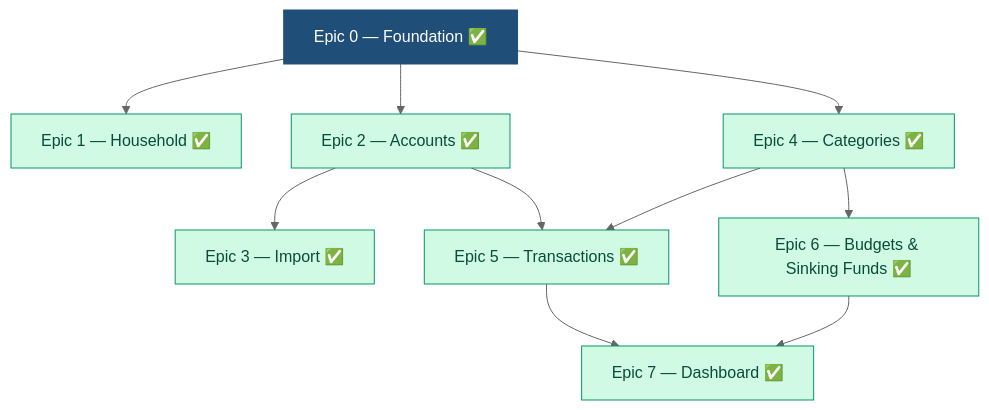
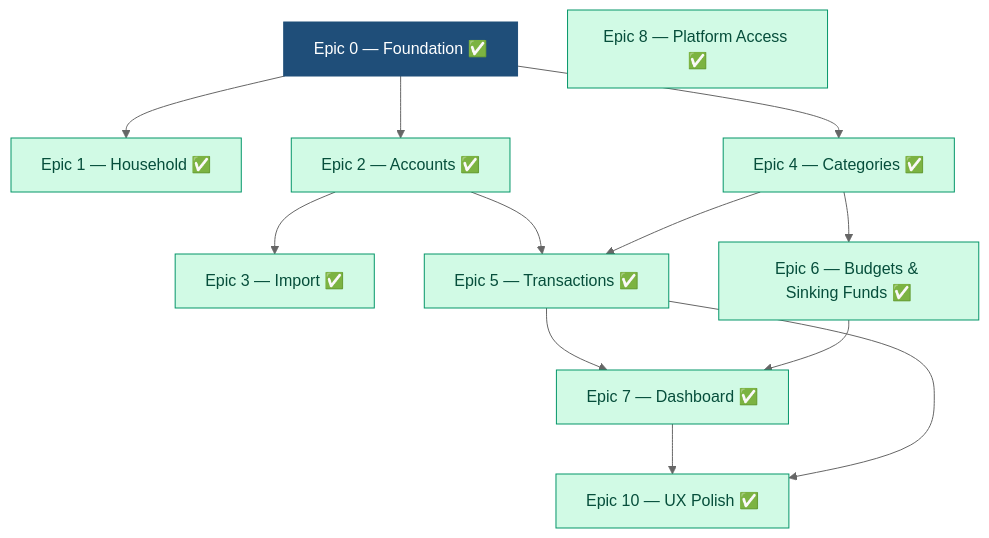
The diagram in docs/phase1-epics-and-stories.md (hkusingh/pfm), drawn with Mermaid (neutral theme) before and after one commit. The commit also changed other lines of this file, not shown here.

````diff
--- a/docs/phase1-epics-and-stories.md
+++ b/docs/phase1-epics-and-stories.md
@@ -18,25 +18,29 @@
 ```mermaid
 flowchart TD
   E0[Epic 0 — Foundation ✅]:::k
   E1[Epic 1 — Household ✅]:::done
   E2[Epic 2 — Accounts ✅]:::done
   E4[Epic 4 — Categories ✅]:::done
   E3[Epic 3 — Import ✅]:::done
   E5[Epic 5 — Transactions ✅]:::done
   E6[Epic 6 — Budgets & Sinking Funds ✅]:::done
   E7[Epic 7 — Dashboard ✅]:::done
+  E8[Epic 8 — Platform Access ✅]:::done
+  E10[Epic 10 — UX Polish ✅]:::done
 
   E0 --> E1
   E0 --> E2
   E0 --> E4
   E2 --> E3
   E2 --> E5
   E4 --> E5
   E4 --> E6
   E5 --> E7
   E6 --> E7
+  E7 --> E10
+  E5 --> E10
   classDef k fill:#1F4E79,color:#fff,stroke:#1F4E79;
   classDef done fill:#d1fae5,stroke:#059669,color:#064e3b;
   classDef b fill:#fbf1df,stroke:#B9770E,color:#1c2530;
   classDef c fill:#e6f5ec,stroke:#1F8A4C,color:#14532d;
 ```
````
